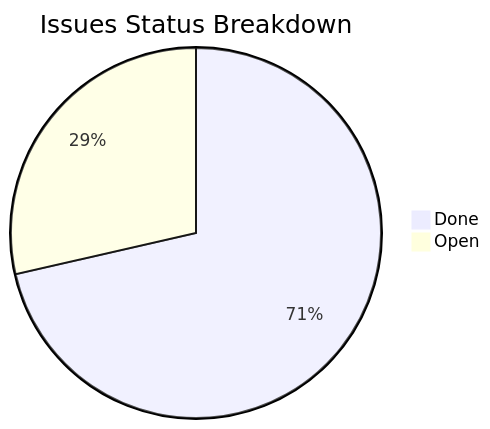
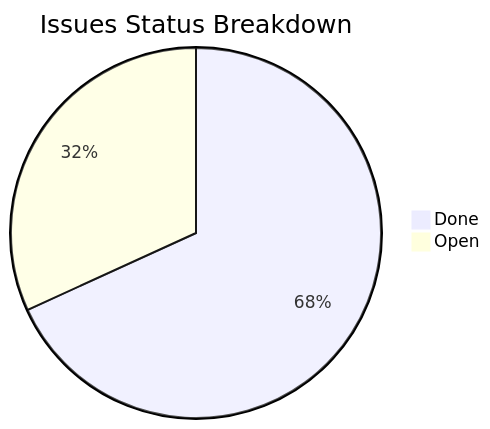
The diagram in .along/DASHBOARD.md (actdim/agents), drawn with Mermaid before and after one commit. The commit also changed other lines of this file and 4 other files, not shown here.

````diff
--- a/.along/DASHBOARD.md
+++ b/.along/DASHBOARD.md
@@ -19,5 +19,5 @@
 ```mermaid
 pie title Issues Status Breakdown
     "Done" : 15
-    "Open" : 6
+    "Open" : 7
 ```
````
